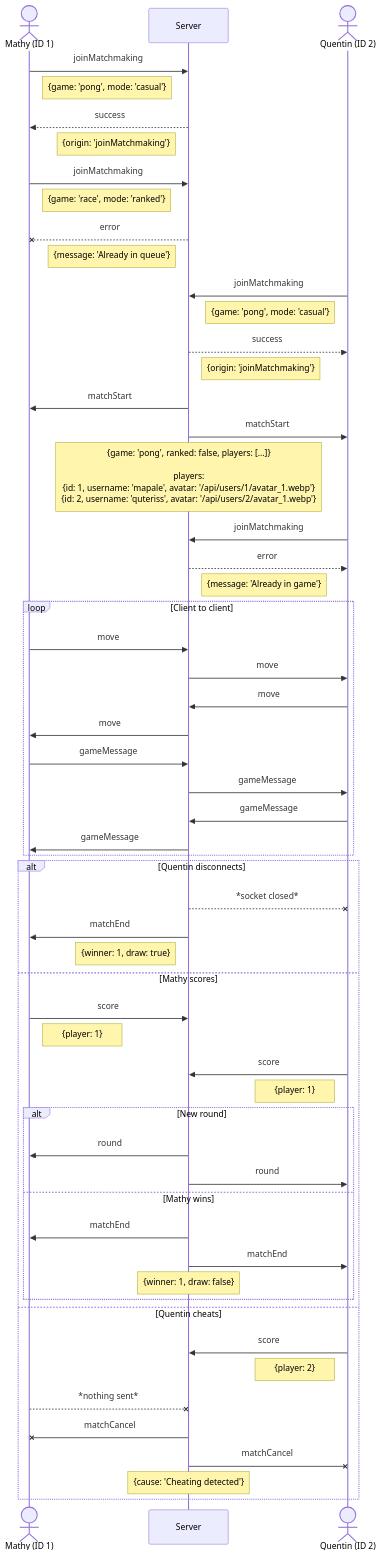
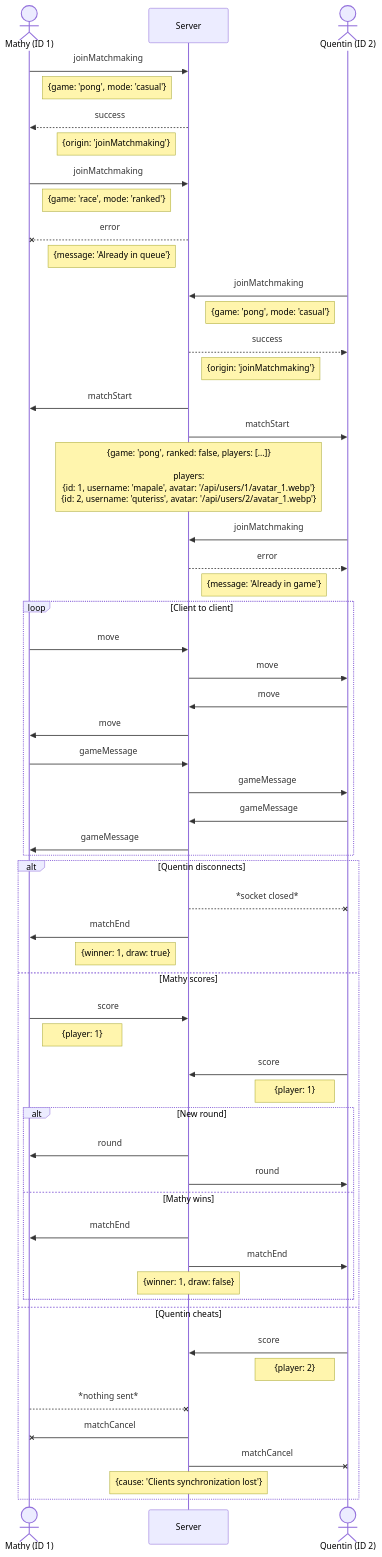
Before and after one commit to deydoux/42cursus-ft_transcendence: the diagram in docs/WebSocket/match.md, drawn with Mermaid.

Commit message:
Fix: update note for match cancellation reason in sequence diagram

````diff
--- a/docs/WebSocket/match.md
+++ b/docs/WebSocket/match.md
@@ -3,70 +3,70 @@
 ```mermaid
 sequenceDiagram
   actor m as Mathy (ID 1)
   participant s as Server
   actor q as Quentin (ID 2)
 
   m ->> s: joinMatchmaking
   Note right of m: {game: 'pong', mode: 'casual'}
   s -->> m: success
   Note left of s: {origin: 'joinMatchmaking'}
 
   m ->> s: joinMatchmaking
   Note right of m: {game: 'race', mode: 'ranked'}
   s --x m: error
   Note left of s: {message: 'Already in queue'}
 
   q ->> s: joinMatchmaking
   Note left of q: {game: 'pong', mode: 'casual'}
   s -->> q: success
   Note right of s: {origin: 'joinMatchmaking'}
 
   s ->> m: matchStart
   s ->> q: matchStart
   Note over s: {game: 'pong', ranked: false, players: [...]}<br><br> players:<br>{id: 1, username: 'mapale', avatar: '/api/users/1/avatar_1.webp'}<br>{id: 2, username: 'quteriss', avatar: '/api/users/2/avatar_1.webp'}
 
   q ->> s: joinMatchmaking
   s -->> q: error
   Note right of s: {message: 'Already in game'}
 
   loop Client to client
     m ->> s: move
     s ->> q: move
     q ->> s: move
     s ->> m: move
 
     m ->> s: gameMessage
     s ->> q: gameMessage
     q ->> s: gameMessage
     s ->> m: gameMessage
   end
 
   alt Quentin disconnects
     s --x q: *socket closed*
     s ->> m: matchEnd
     Note left of s: {winner: 1, draw: true}
 
   else Mathy scores
     m ->> s: score
     Note right of m: {player: 1}
     q ->> s: score
     Note left of q: {player: 1}
 
     alt New round
       s ->> m: round
       s ->> q: round
     else Mathy wins
       s ->> m: matchEnd
       s ->> q: matchEnd
       Note over s: {winner: 1, draw: false}
     end
 
   else Quentin cheats
     q ->> s: score
     Note left of q: {player: 2}
     m --x s: *nothing sent*
     s -x m: matchCancel
     s -x q: matchCancel
-    Note over s: {cause: 'Cheating detected'}
+    Note over s: {cause: 'Clients synchronization lost'}
   end
 ```
````
